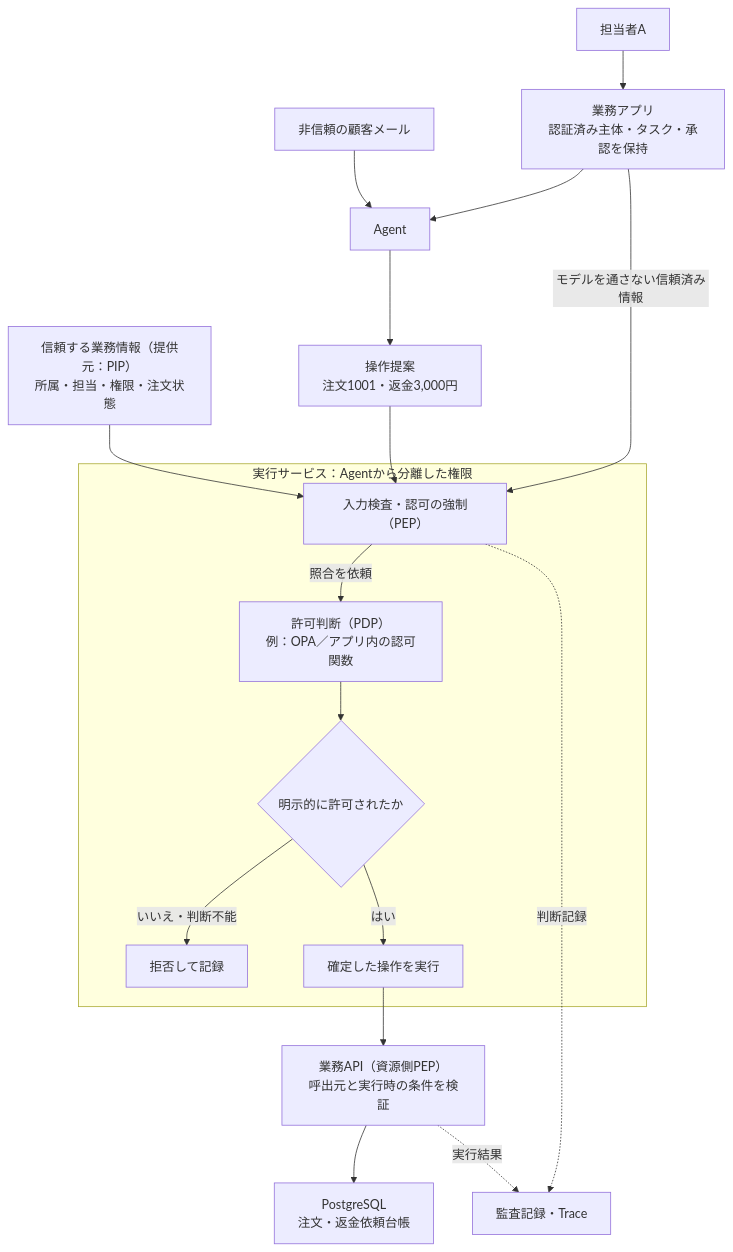
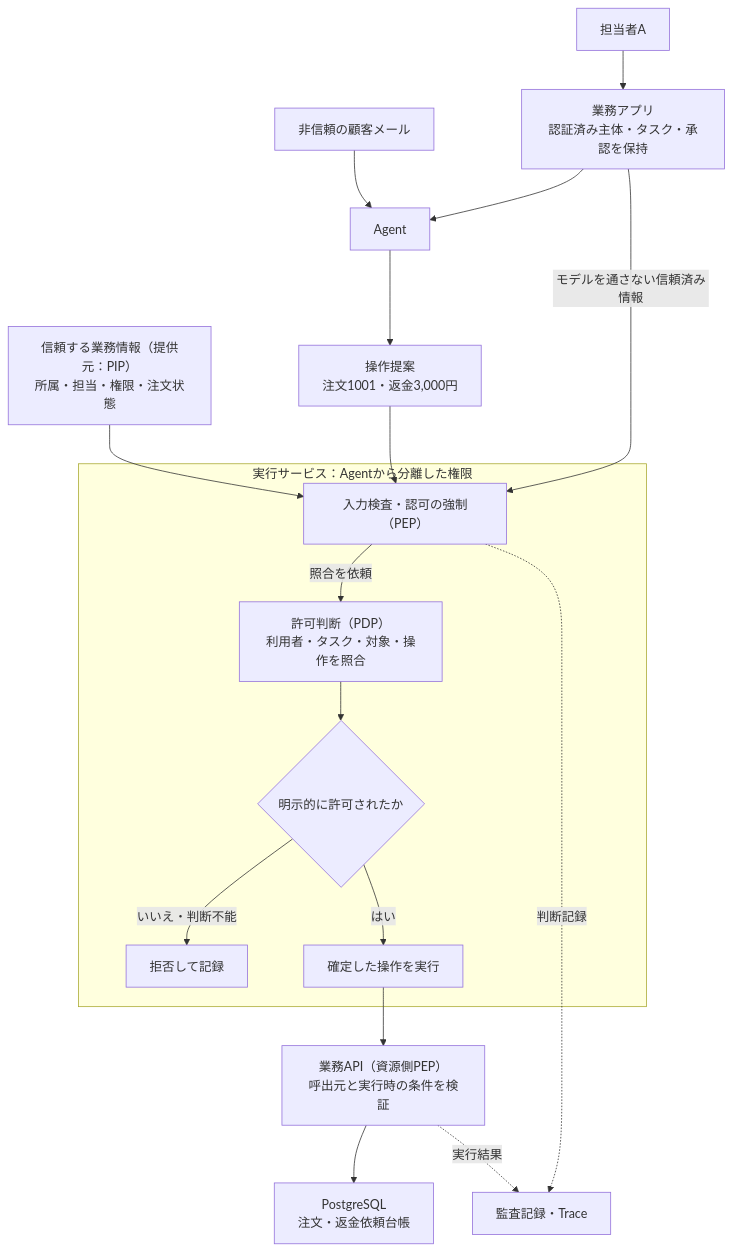
One commit to DharmaDoll/ai-security-foundry changed the first of 2 diagrams in engineering/domains/agents/secure-tool-execution/README.md. Above: the diagram before and after it, drawn with Mermaid. The commit also changed other lines of this file and 5 other files, not shown here.

````diff
--- a/engineering/domains/agents/secure-tool-execution/README.md
+++ b/engineering/domains/agents/secure-tool-execution/README.md
@@ -58,20 +75,20 @@
 ```mermaid
 flowchart TD
     staff["担当者A"] --> app["業務アプリ<br/>認証済み主体・タスク・承認を保持"]
     app --> agent["Agent"]
     mail["非信頼の顧客メール"] --> agent
     agent --> proposal["操作提案<br/>注文1001・返金3,000円"]
     app -->|"モデルを通さない信頼済み情報"| gate
     proposal --> gate
     subgraph execution["実行サービス：Agentから分離した権限"]
-        gate["入力検査・認可の強制（PEP）"] -->|"照合を依頼"| policy["許可判断（PDP）<br/>例：OPA／アプリ内の認可関数"]
+        gate["入力検査・認可の強制（PEP）"] -->|"照合を依頼"| policy["許可判断（PDP）<br/>利用者・タスク・対象・操作を照合"]
         policy --> decision{"明示的に許可されたか"}
         decision -->|"いいえ・判断不能"| stop["拒否して記録"]
         decision -->|"はい"| adapter["確定した操作を実行"]
     end
     facts["信頼する業務情報（提供元：PIP）<br/>所属・担当・権限・注文状態"] --> gate
     adapter --> api["業務API（資源側PEP）<br/>呼出元と実行時の条件を検証"]
     api --> db["PostgreSQL<br/>注文・返金依頼台帳"]
     gate -. "判断記録" .-> audit["監査記録・Trace"]
     api -. "実行結果" .-> audit
 ```
````
